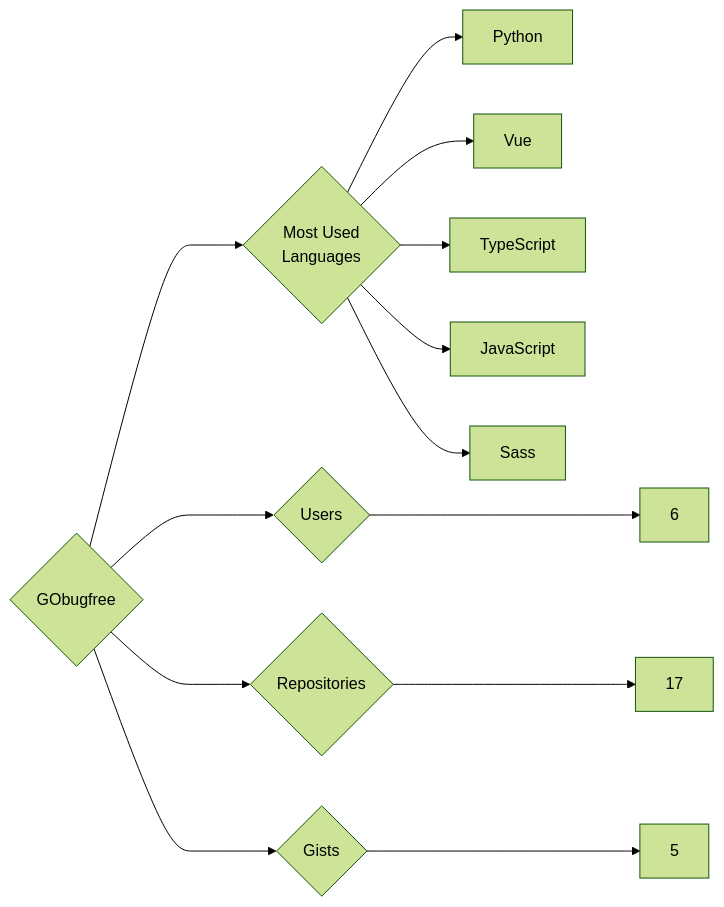
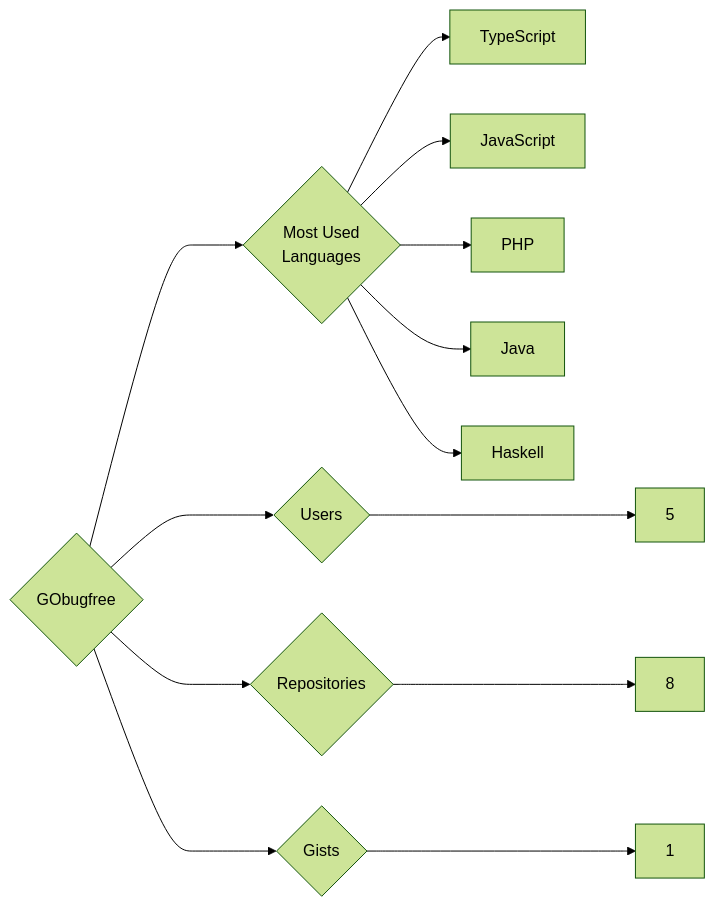
Before and after one commit to trickest/insiders: the diagram in targets/GObugfree/README.md, drawn with Mermaid (forest theme). The commit also changed 985 other files, not shown here.

````diff
--- a/targets/GObugfree/README.md
+++ b/targets/GObugfree/README.md
@@ -3,13 +3,13 @@
 ```mermaid
 graph LR
 COMPANY_NAME{GObugfree}
-COMPANY_NAME ---> U{Users} ---> UN[6]
-COMPANY_NAME ---> R{Repositories} ---> RN[17]
-COMPANY_NAME ---> G{Gists} ---> GN[5]
+COMPANY_NAME ---> U{Users} ---> UN[5]
+COMPANY_NAME ---> R{Repositories} ---> RN[8]
+COMPANY_NAME ---> G{Gists} ---> GN[1]
 COMPANY_NAME ---> ML{Most Used<br>Languages}
-ML --> Python[Python]
-ML --> Vue[Vue]
 ML --> TypeScript[TypeScript]
 ML --> JavaScript[JavaScript]
-ML --> Sass[Sass]
+ML --> PHP[PHP]
+ML --> Java[Java]
+ML --> Haskell[Haskell]
 ```
````
